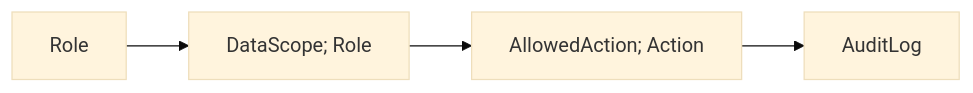
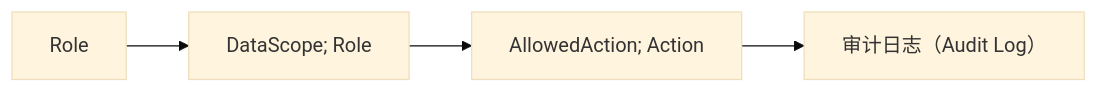
One commit to rexlin600/ontology_practice changed the diagram in days/Day-20.md. Above: the diagram before and after it, drawn with Mermaid (base theme). The commit also changed other lines of this file, not shown here.

````diff
--- a/days/Day-20.md
+++ b/days/Day-20.md
@@ -16,7 +31,7 @@
 ```mermaid
 flowchart LR
   Role["Role"] --> DataScopeRole["DataScope; Role"]
   DataScopeRole["DataScope; Role"] --> AllowedActionAction["AllowedAction; Action"]
-  AllowedActionAction["AllowedAction; Action"] --> AuditLog["AuditLog"]
+  AllowedActionAction["AllowedAction; Action"] --> AuditLog["审计日志（Audit Log）"]
 
 ```
````
